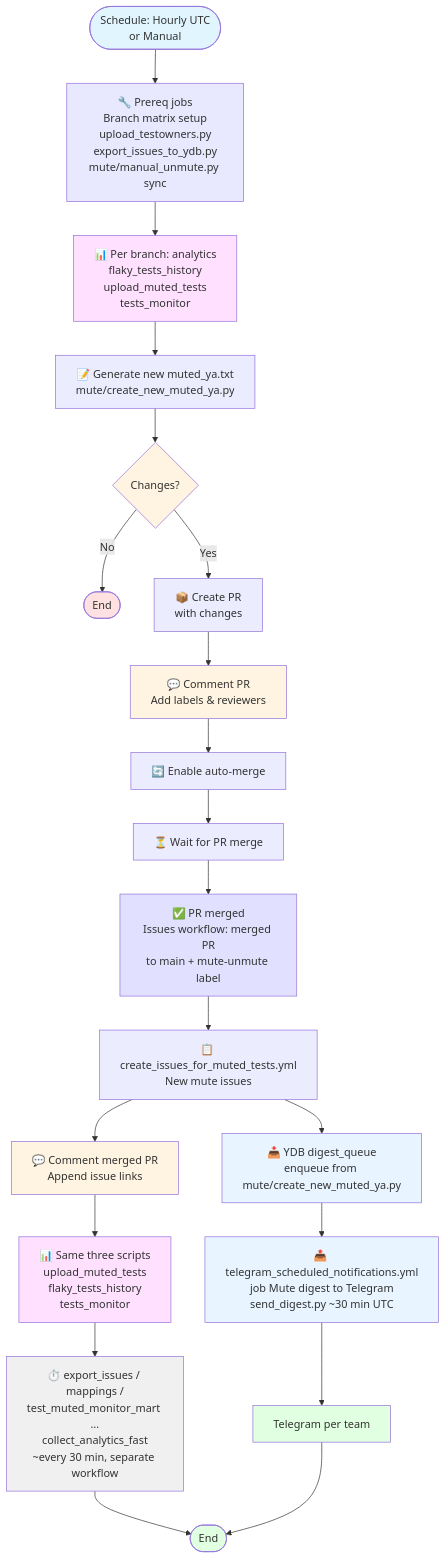
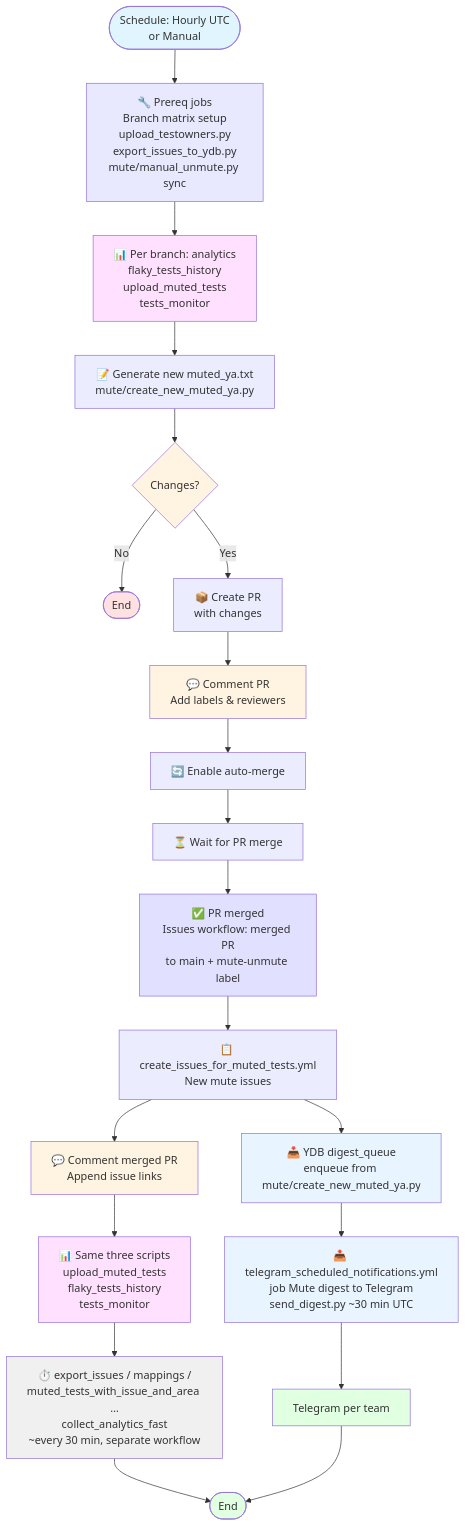
One commit to ydb-platform/ydb changed the first of 4 diagrams in .github/config/mute_rules.md. Above: the diagram before and after it, drawn with Mermaid. The commit also changed 9 other files, not shown here.

````diff
--- a/.github/config/mute_rules.md
+++ b/.github/config/mute_rules.md
@@ -171,47 +171,47 @@
 ```mermaid
 graph TB
     Start([Schedule: Hourly UTC<br/>or Manual]) --> Prereq[🔧 Prereq jobs<br/>Branch matrix setup<br/>upload_testowners.py<br/>export_issues_to_ydb.py<br/>mute/manual_unmute.py sync]
     
     Prereq --> UpdateAnalytics[📊 Per branch: analytics<br/>flaky_tests_history<br/>upload_muted_tests<br/>tests_monitor]
     
     UpdateAnalytics --> GenerateFile[📝 Generate new muted_ya.txt<br/>mute/create_new_muted_ya.py]
     
     GenerateFile --> CheckChanges{Changes?}
     CheckChanges -->|No| End1([End])
     CheckChanges -->|Yes| CreatePR[📦 Create PR<br/>with changes]
     
     CreatePR --> CommentPR[💬 Comment PR<br/>Add labels & reviewers]
     CommentPR --> AutoMerge[🔄 Enable auto-merge]
     AutoMerge --> WaitMerge[⏳ Wait for PR merge]
     
     WaitMerge --> PRMerged[✅ PR merged<br/>Issues workflow: merged PR<br/>to main + mute-unmute label]
     
     PRMerged --> CreateIssues[📋 create_issues_for_muted_tests.yml<br/>New mute issues]
     CreateIssues --> DigestQ[📥 YDB digest_queue<br/>enqueue from mute/create_new_muted_ya.py]
     CreateIssues --> CommentMergedPR[💬 Comment merged PR<br/>Append issue links]
     
     CommentMergedPR --> UpdateAnalyticsAfterMerge[📊 Same three scripts<br/>upload_muted_tests<br/>flaky_tests_history<br/>tests_monitor]
     
-    UpdateAnalyticsAfterMerge --> AsyncAnalytics[⏱️ export_issues / mappings /<br/>test_muted_monitor_mart …<br/>collect_analytics_fast<br/>~every 30 min, separate workflow]
+    UpdateAnalyticsAfterMerge --> AsyncAnalytics[⏱️ export_issues / mappings /<br/>muted_tests_with_issue_and_area …<br/>collect_analytics_fast<br/>~every 30 min, separate workflow]
     
     DigestQ --> SendDigest[📤 telegram_scheduled_notifications.yml<br/>job Mute digest to Telegram<br/>send_digest.py ~30 min UTC]
     SendDigest --> TG[Telegram per team]
     
     AsyncAnalytics --> End2([End])
     TG --> End2
     
     style Start fill:#e1f5ff
     style Prereq fill:#e8e8ff
     style UpdateAnalytics fill:#ffe1ff
     style UpdateAnalyticsAfterMerge fill:#ffe1ff
     style CommentPR fill:#fff4e1
     style CommentMergedPR fill:#fff4e1
     style AsyncAnalytics fill:#f0f0f0
     style DigestQ fill:#e8f4ff
     style SendDigest fill:#e8f4ff
     style TG fill:#e1ffe1
     style End1 fill:#ffe1e1
     style End2 fill:#e1ffe1
     style CheckChanges fill:#fff4e1
     style PRMerged fill:#e1e1ff
 ```
````
